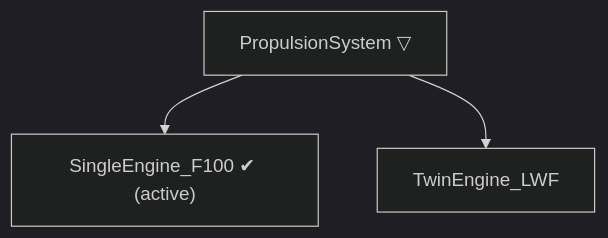
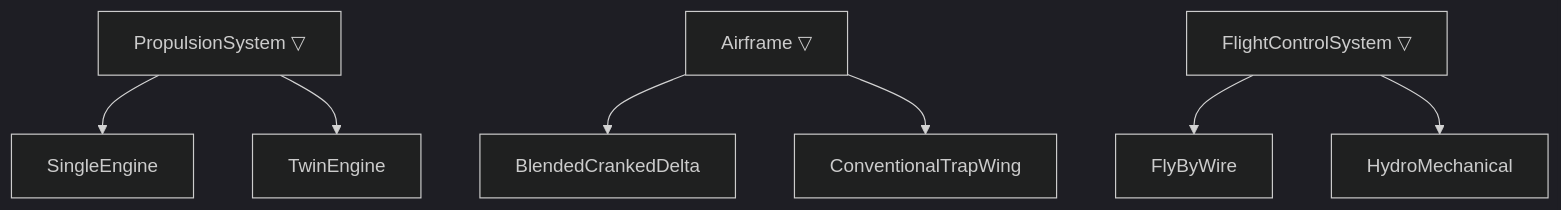
One commit to Idopt-Lab/air-vehicle-design changed the second of 2 diagrams in air_vehicle_design/mbse/examples/f16a/docs/04_logical.md. Above: the diagram before and after it, drawn with Mermaid (dark theme). The commit also changed other lines of this file and 14 other files, not shown here.

````diff
--- a/air_vehicle_design/mbse/examples/f16a/docs/04_logical.md
+++ b/air_vehicle_design/mbse/examples/f16a/docs/04_logical.md
@@ -134,6 +143,6 @@
 ```mermaid
 graph TD
-  PS["PropulsionSystem ▽"]
-  PS --> A["SingleEngine_F100 ✔ (active)"]
-  PS --> B["TwinEngine_LWF"]
+  PS["PropulsionSystem ▽"] --> P1["SingleEngine"] & P2["TwinEngine"]
+  AF["Airframe ▽"] --> A1["BlendedCrankedDelta"] & A2["ConventionalTrapWing"]
+  FCS["FlightControlSystem ▽"] --> F1["FlyByWire"] & F2["HydroMechanical"]
 ```
````
